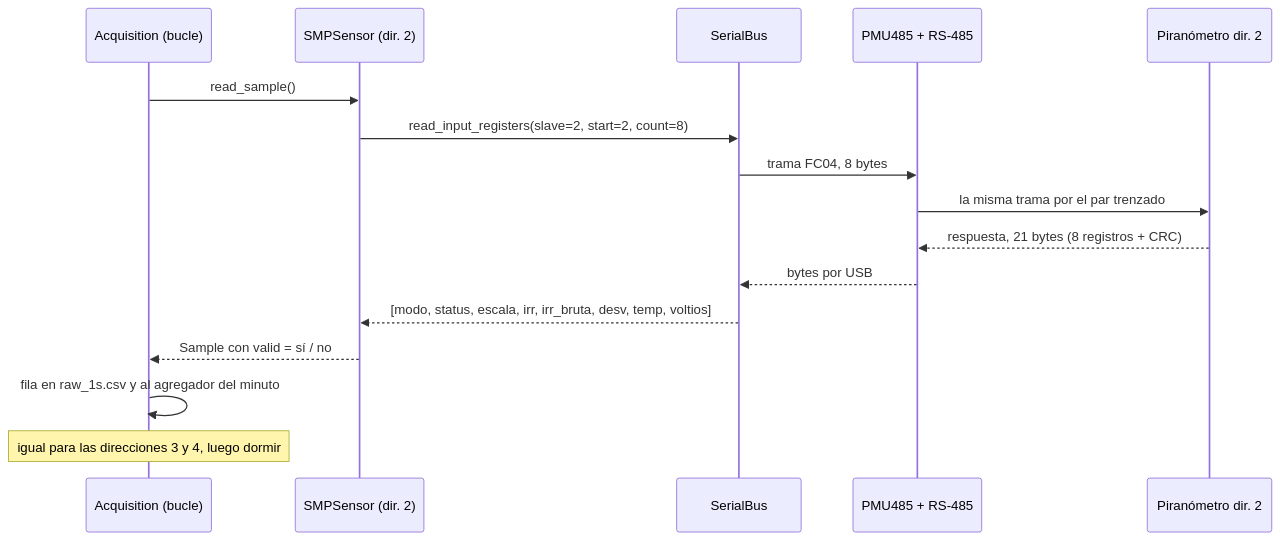
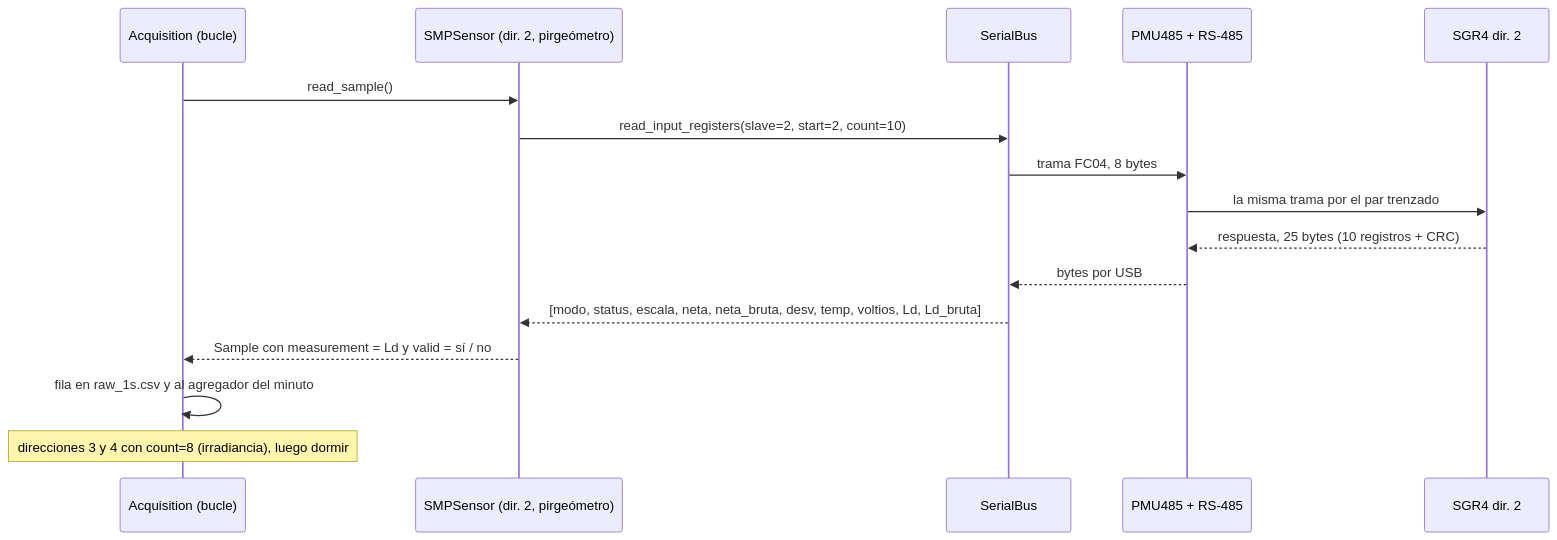
The fourth of 4 diagrams in docs/arquitectura-c4.md (RodrigoAlexander7/solys2-automatization), drawn with Mermaid before and after one commit. The commit also changed other lines of this file and 11 other files, not shown here.

````diff
--- a/docs/arquitectura-c4.md
+++ b/docs/arquitectura-c4.md
@@ -172,18 +177,18 @@
 ```mermaid
 sequenceDiagram
   participant A as Acquisition (bucle)
-  participant S as SMPSensor (dir. 2)
+  participant S as SMPSensor (dir. 2, pirgeómetro)
   participant B as SerialBus
   participant P as PMU485 + RS-485
-  participant D as Piranómetro dir. 2
+  participant D as SGR4 dir. 2
   A->>S: read_sample()
-  S->>B: read_input_registers(slave=2, start=2, count=8)
+  S->>B: read_input_registers(slave=2, start=2, count=10)
   B->>P: trama FC04, 8 bytes
   P->>D: la misma trama por el par trenzado
-  D-->>P: respuesta, 21 bytes (8 registros + CRC)
+  D-->>P: respuesta, 25 bytes (10 registros + CRC)
   P-->>B: bytes por USB
-  B-->>S: [modo, status, escala, irr, irr_bruta, desv, temp, voltios]
-  S-->>A: Sample con valid = sí / no
+  B-->>S: [modo, status, escala, neta, neta_bruta, desv, temp, voltios, Ld, Ld_bruta]
+  S-->>A: Sample con measurement = Ld y valid = sí / no
   A->>A: fila en raw_1s.csv y al agregador del minuto
-  Note over A: igual para las direcciones 3 y 4, luego dormir
+  Note over A: direcciones 3 y 4 con count=8 (irradiancia), luego dormir
 ```
````
